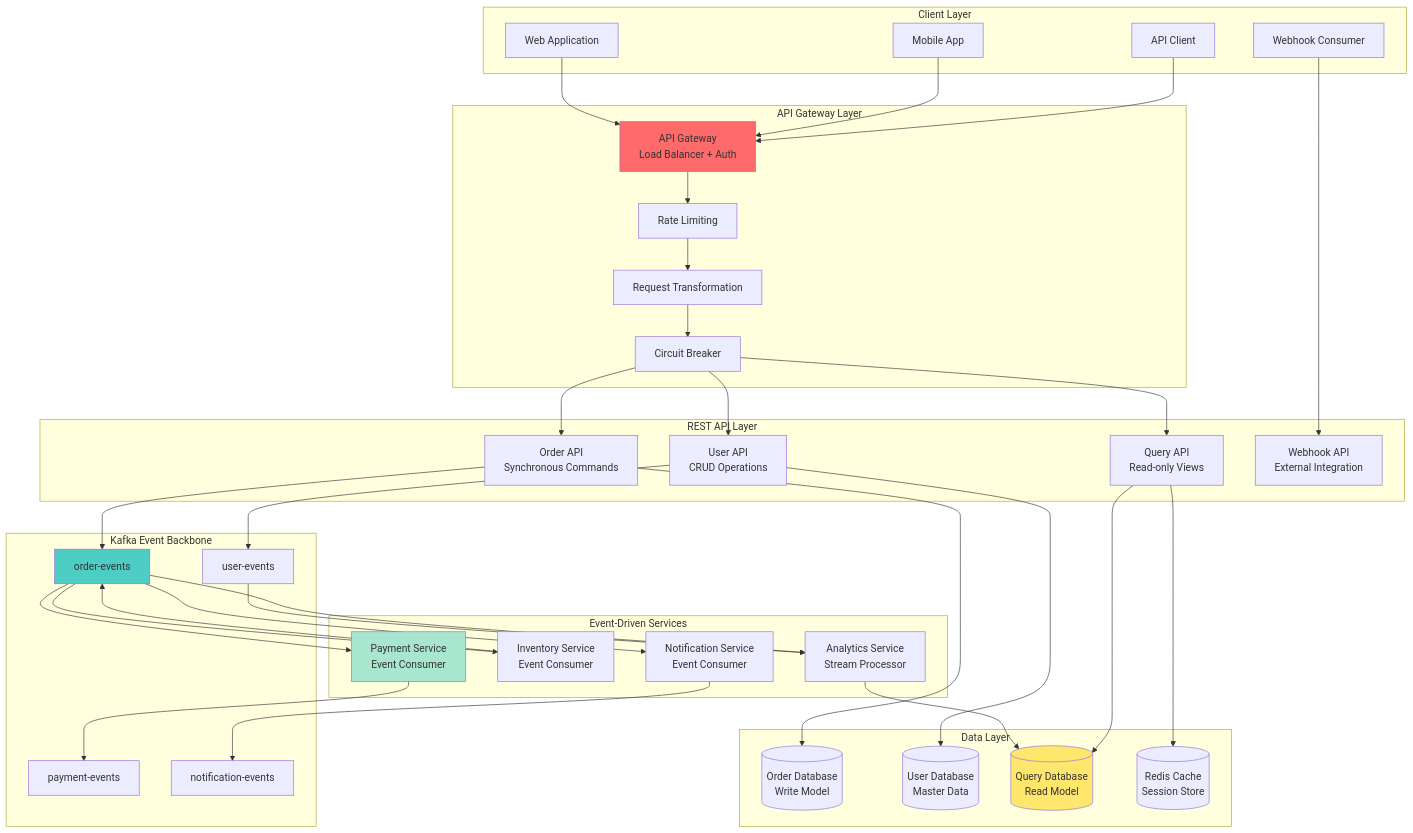
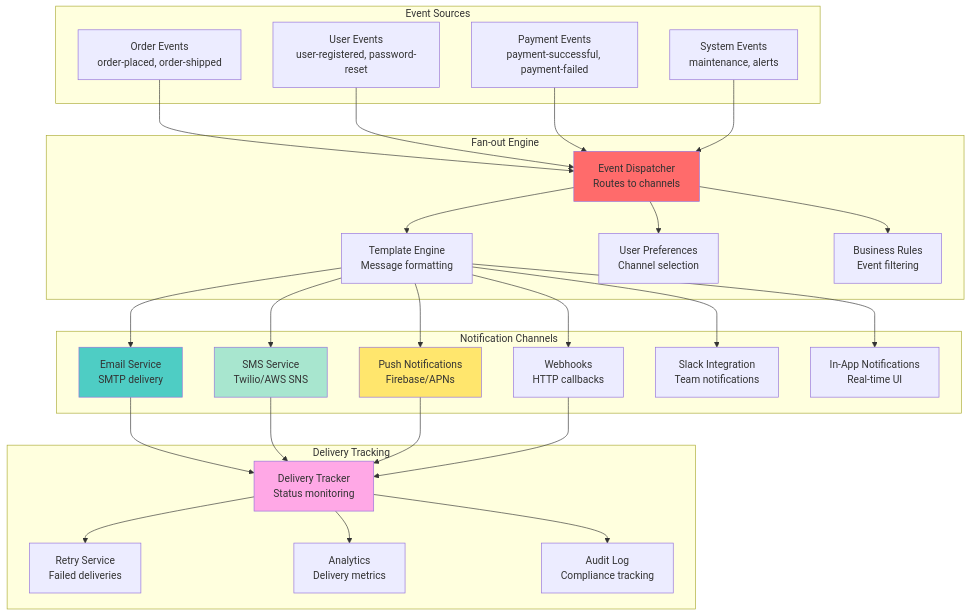
One commit to vorrawut/KafkaStarter changed the first of 4 diagrams in class/workshop/lesson_12/README.md. Above: the diagram before and after it, drawn with Mermaid. The commit also changed other lines of this file and 204 other files, not shown here.

````diff
--- a/class/workshop/lesson_12/README.md
+++ b/class/workshop/lesson_12/README.md
@@ -24,82 +24,63 @@
 ```mermaid
 graph TB
-    subgraph "Client Layer"
-        WEB[Web Application]
-        MOBILE[Mobile App]
-        API_CLIENT[API Client]
-        WEBHOOK[Webhook Consumer]
+    subgraph "Event Sources"
+        ORDER[Order Events<br/>order-placed, order-shipped]
+        USER[User Events<br/>user-registered, password-reset]
+        PAYMENT[Payment Events<br/>payment-successful, payment-failed]
+        SYSTEM[System Events<br/>maintenance, alerts]
     end
     
-    subgraph "API Gateway Layer"
-        GATEWAY[API Gateway<br/>Load Balancer + Auth]
-        RATE_LIMIT[Rate Limiting]
-        TRANSFORM[Request Transformation]
-        CIRCUIT[Circuit Breaker]
+    subgraph "Fan-out Engine"
+        DISPATCHER[Event Dispatcher<br/>Routes to channels]
+        TEMPLATE[Template Engine<br/>Message formatting]
+        PREFERENCES[User Preferences<br/>Channel selection]
+        RULES[Business Rules<br/>Event filtering]
     end
     
-    subgraph "REST API Layer"
-        ORDER_API[Order API<br/>Synchronous Commands]
-        USER_API[User API<br/>CRUD Operations]
-        QUERY_API[Query API<br/>Read-only Views]
-        WEBHOOK_API[Webhook API<br/>External Integration]
+    subgraph "Notification Channels"
+        EMAIL[Email Service<br/>SMTP delivery]
+        SMS[SMS Service<br/>Twilio/AWS SNS]
+        PUSH[Push Notifications<br/>Firebase/APNs]
+        WEBHOOK[Webhooks<br/>HTTP callbacks]
+        SLACK[Slack Integration<br/>Team notifications]
+        IN_APP[In-App Notifications<br/>Real-time UI]
     end
     
-    subgraph "Kafka Event Backbone"
-        ORDER_EVENTS[order-events]
-        USER_EVENTS[user-events]
-        PAYMENT_EVENTS[payment-events]
-        NOTIFICATION_EVENTS[notification-events]
+    subgraph "Delivery Tracking"
+        TRACKER[Delivery Tracker<br/>Status monitoring]
+        RETRY[Retry Service<br/>Failed deliveries]
+        ANALYTICS[Analytics<br/>Delivery metrics]
+        AUDIT[Audit Log<br/>Compliance tracking]
     end
     
-    subgraph "Event-Driven Services"
-        PAYMENT_SVC[Payment Service<br/>Event Consumer]
-        INVENTORY_SVC[Inventory Service<br/>Event Consumer]
-        NOTIFICATION_SVC[Notification Service<br/>Event Consumer]
-        ANALYTICS_SVC[Analytics Service<br/>Stream Processor]
-    end
+    ORDER --> DISPATCHER
+    USER --> DISPATCHER
+    PAYMENT --> DISPATCHER
+    SYSTEM --> DISPATCHER
     
-    subgraph "Data Layer"
-        ORDER_DB[(Order Database<br/>Write Model)]
-        USER_DB[(User Database<br/>Master Data)]
-        QUERY_DB[(Query Database<br/>Read Model)]
-        CACHE[(Redis Cache<br/>Session Store)]
-    end
+    DISPATCHER --> TEMPLATE
+    DISPATCHER --> PREFERENCES
+    DISPATCHER --> RULES
     
-    WEB --> GATEWAY
-    MOBILE --> GATEWAY
-    API_CLIENT --> GATEWAY
-    WEBHOOK --> WEBHOOK_API
+    TEMPLATE --> EMAIL
+    TEMPLATE --> SMS
+    TEMPLATE --> PUSH
+    TEMPLATE --> WEBHOOK
+    TEMPLATE --> SLACK
+    TEMPLATE --> IN_APP
     
-    GATEWAY --> RATE_LIMIT
-    RATE_LIMIT --> TRANSFORM
-    TRANSFORM --> CIRCUIT
+    EMAIL --> TRACKER
+    SMS --> TRACKER
+    PUSH --> TRACKER
+    WEBHOOK --> TRACKER
     
-    CIRCUIT --> ORDER_API
-    CIRCUIT --> USER_API
-    CIRCUIT --> QUERY_API
+    TRACKER --> RETRY
+    TRACKER --> ANALYTICS
+    TRACKER --> AUDIT
     
-    ORDER_API --> ORDER_EVENTS
-    USER_API --> USER_EVENTS
-    ORDER_API --> ORDER_DB
-    USER_API --> USER_DB
-    
-    ORDER_EVENTS --> PAYMENT_SVC
-    ORDER_EVENTS --> INVENTORY_SVC
-    ORDER_EVENTS --> NOTIFICATION_SVC
-    
-    PAYMENT_SVC --> PAYMENT_EVENTS
-    INVENTORY_SVC --> ORDER_EVENTS
-    NOTIFICATION_SVC --> NOTIFICATION_EVENTS
-    
-    USER_EVENTS --> ANALYTICS_SVC
-    ORDER_EVENTS --> ANALYTICS_SVC
-    ANALYTICS_SVC --> QUERY_DB
-    
-    QUERY_API --> QUERY_DB
-    QUERY_API --> CACHE
-    
-    style GATEWAY fill:#ff6b6b
-    style ORDER_EVENTS fill:#4ecdc4
-    style PAYMENT_SVC fill:#a8e6cf
-    style QUERY_DB fill:#ffe66d
+    style DISPATCHER fill:#ff6b6b
+    style EMAIL fill:#4ecdc4
+    style SMS fill:#a8e6cf
+    style PUSH fill:#ffe66d
+    style TRACKER fill:#ffa8e6
 ```
````
